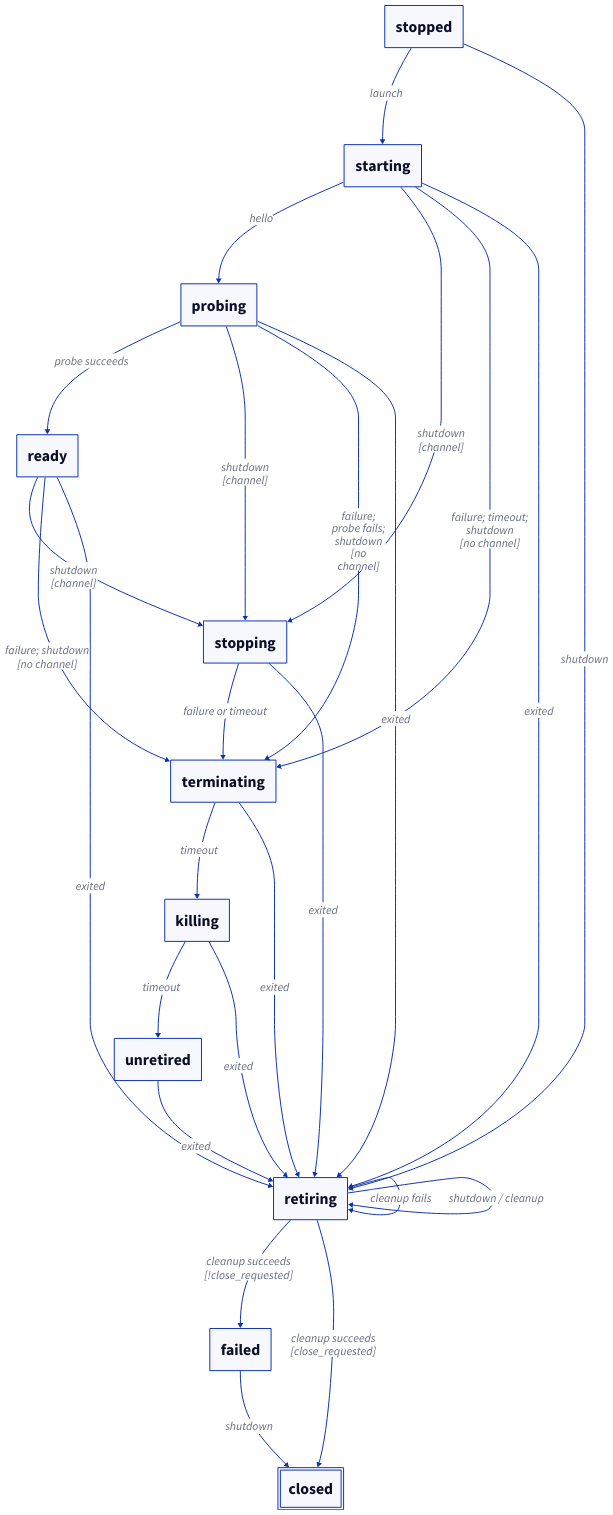
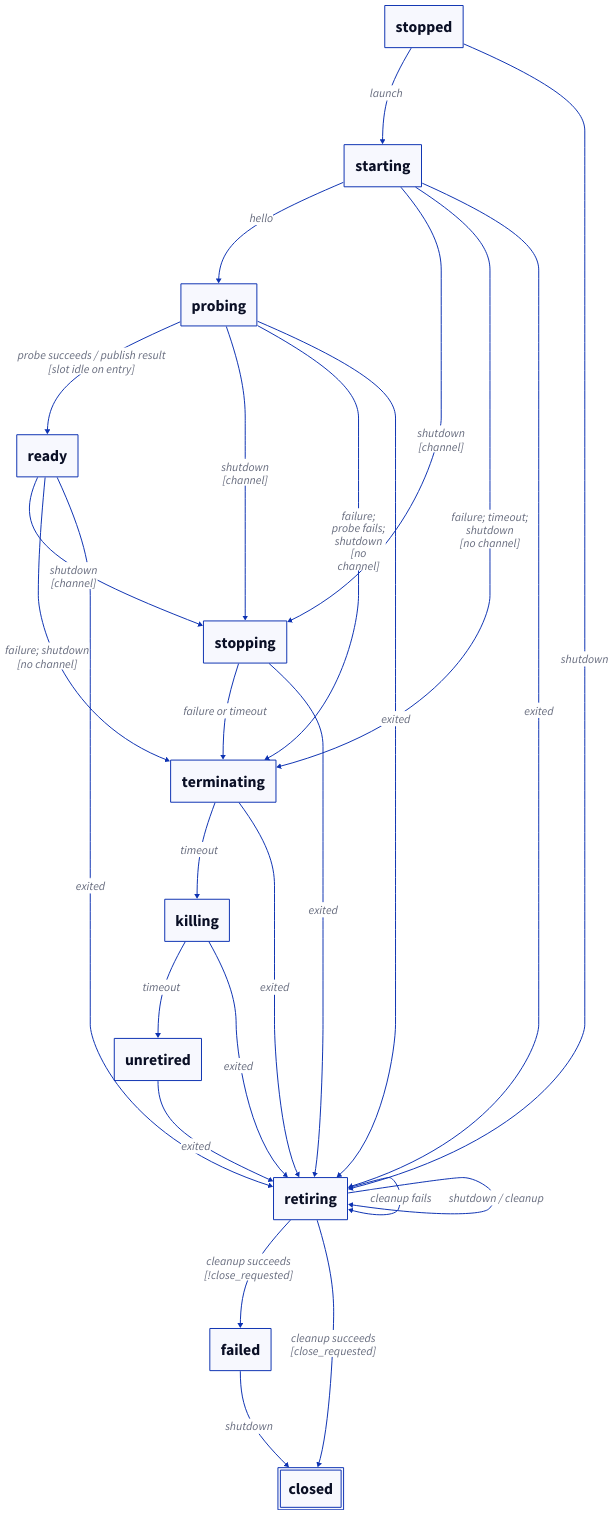
One commit to rei277hz/chromaticity changed the diagram in products/perceptual-grade-book/docs/book/diagrams/03-helper.d2. Above: the diagram before and after it, drawn with D2. The commit also changed 103 other files, not shown here.

```diff
--- a/products/perceptual-grade-book/docs/book/diagrams/03-helper.d2
+++ b/products/perceptual-grade-book/docs/book/diagrams/03-helper.d2
@@ -1,45 +1,45 @@
 direction: down
 
 stopped: "stopped"
 starting: "starting"
 probing: "probing"
 ready: "ready"
 stopping: "stopping"
 terminating: "terminating"
 killing: "killing"
 unretired: "unretired"
 retiring: "retiring"
 failed: "failed"
 closed: "closed" {
   style.double-border: true
 }
 
 stopped -> starting: "launch"
 starting -> probing: "hello"
-probing -> ready: "probe succeeds"
+probing -> ready: "probe succeeds / publish result\n[slot idle on entry]"
 starting -> stopping: "shutdown\n[channel]"
 starting -> terminating: "failure; timeout;\nshutdown\n[no channel]"
 probing -> stopping: "shutdown\n[channel]"
 probing -> terminating: "failure;\nprobe fails;\nshutdown\n[no\nchannel]"
 ready -> stopping: "shutdown\n[channel]"
 ready -> terminating: "failure; shutdown\n[no channel]"
 stopping -> terminating: "failure or timeout"
 terminating -> killing: "timeout"
 killing -> unretired: "timeout"
 
 stopped -> retiring: "shutdown"
 starting -> retiring: "exited"
 probing -> retiring: "exited"
 ready -> retiring: "exited"
 stopping -> retiring: "exited"
 terminating -> retiring: "exited"
 unretired -> retiring: "exited"
 killing -> retiring: "exited"
 retiring -> retiring: "cleanup fails"
 retiring -> retiring: "shutdown / cleanup"
 retiring -> failed: "cleanup succeeds\n[!close_requested]"
 retiring -> closed: "cleanup succeeds\n[close_requested]"
 failed -> closed: "shutdown"
 
 **.style.font-size: 32
 (** -> **)[*].style.font-size: 24
```
